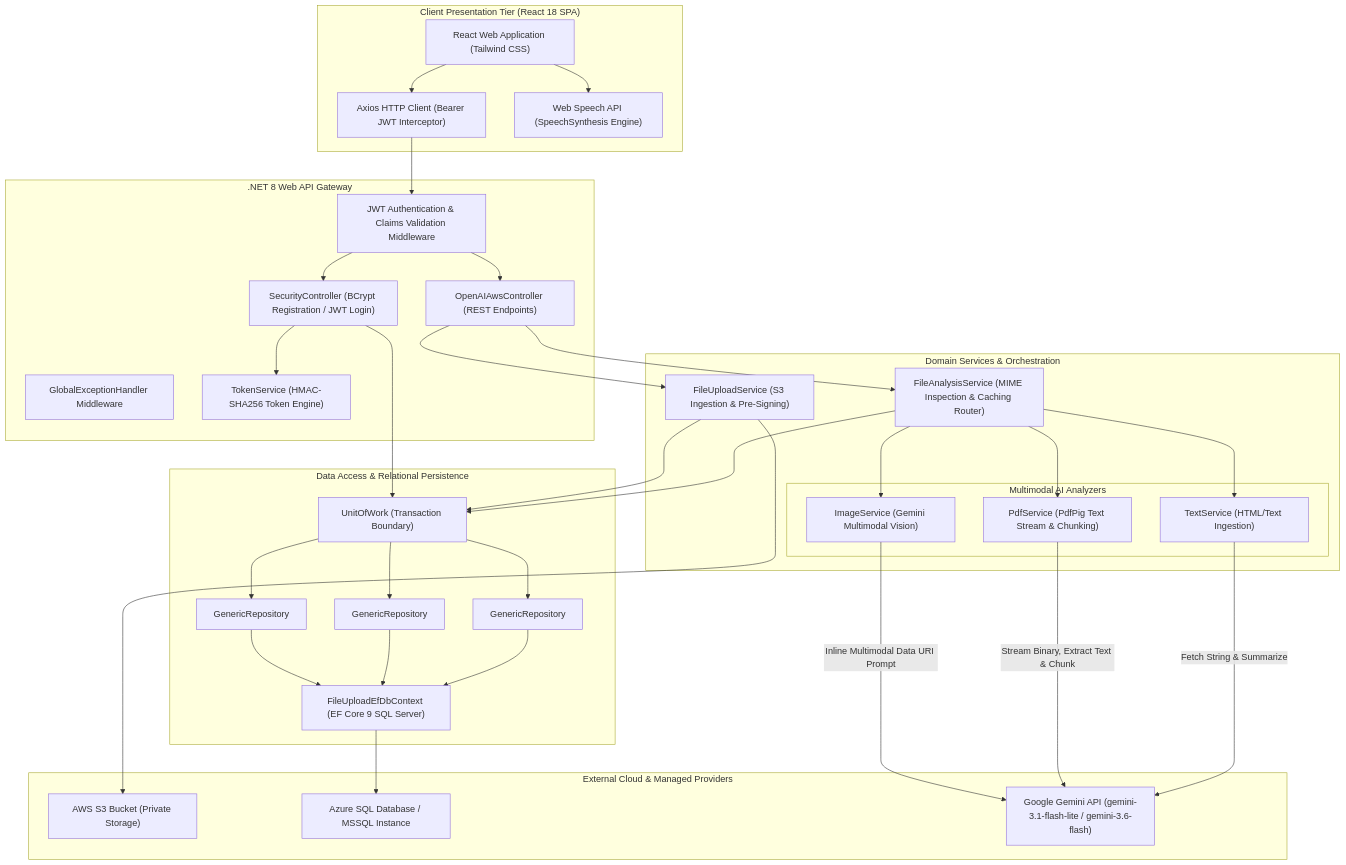
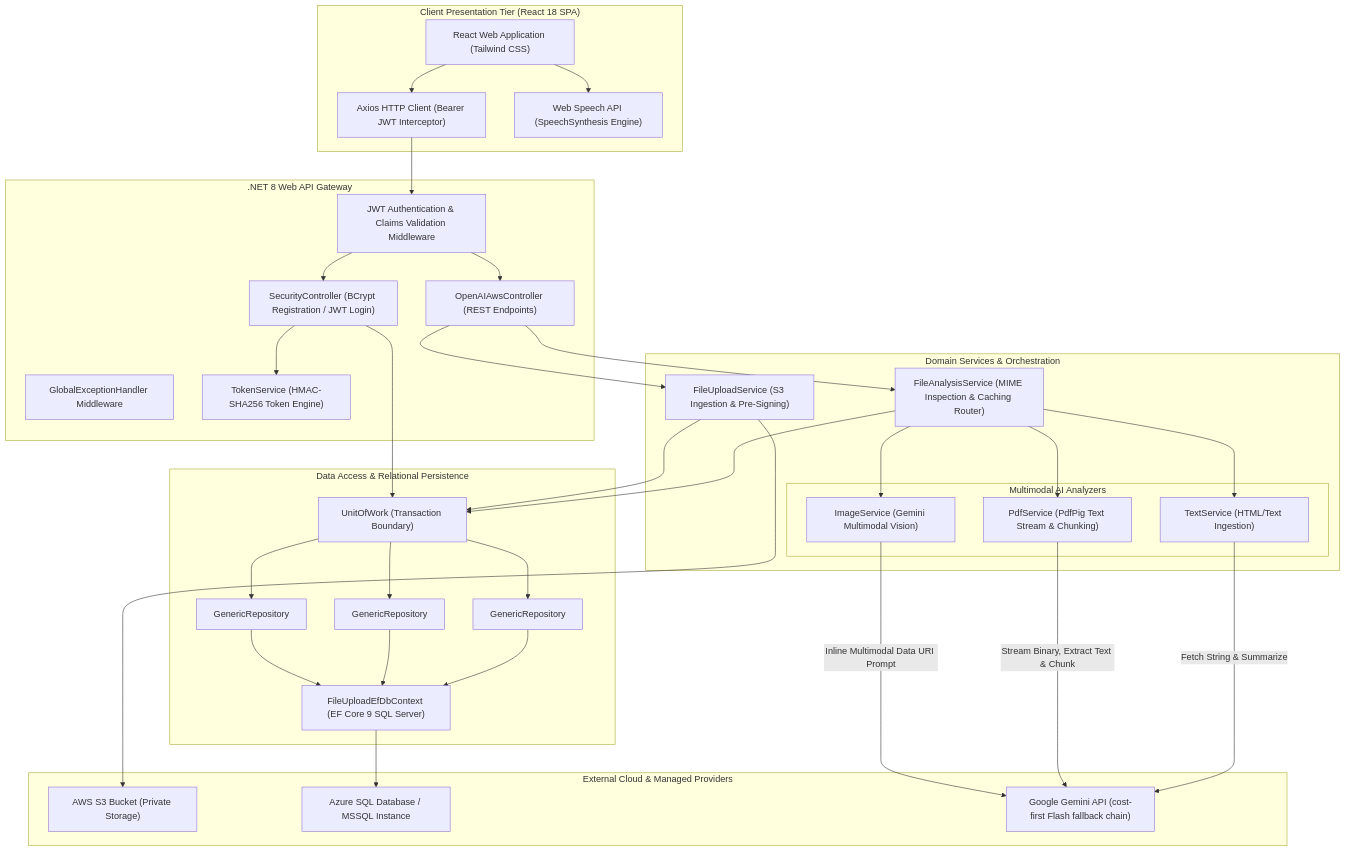
One commit to BradshawAsher/aws-file-analyzer changed the diagram in architecture.md. Above: the diagram before and after it, drawn with Mermaid. The commit also changed 14 other files, not shown here.

Commit message:
feat(ai): add Gemini model fallback hierarchy

````diff
--- a/architecture.md
+++ b/architecture.md
@@ -11,78 +11,78 @@
 ```mermaid
 flowchart TB
     subgraph ClientLayer ["Client Presentation Tier (React 18 SPA)"]
         UI["React Web Application (Tailwind CSS)"]
         AxiosClient["Axios HTTP Client (Bearer JWT Interceptor)"]
         WebSpeech["Web Speech API (SpeechSynthesis Engine)"]
     end
 
     subgraph ApiGateway [".NET 8 Web API Gateway"]
         AuthMiddleware["JWT Authentication & Claims Validation Middleware"]
         MainCtrl["OpenAIAwsController (REST Endpoints)"]
         SecCtrl["SecurityController (BCrypt Registration / JWT Login)"]
         ExcMiddleware["GlobalExceptionHandler Middleware"]
         TokenSvc["TokenService (HMAC-SHA256 Token Engine)"]
     end
 
     subgraph ServiceLayer ["Domain Services & Orchestration"]
         UploadSvc["FileUploadService (S3 Ingestion & Pre-Signing)"]
         AnalysisSvc["FileAnalysisService (MIME Inspection & Caching Router)"]
         
         subgraph AiEngines ["Multimodal AI Analyzers"]
             ImgSvc["ImageService (Gemini Multimodal Vision)"]
             PdfSvc["PdfService (PdfPig Text Stream & Chunking)"]
             TxtSvc["TextService (HTML/Text Ingestion)"]
         end
     end
 
     subgraph DataLayer ["Data Access & Relational Persistence"]
         UoW["UnitOfWork (Transaction Boundary)"]
         RepoUpload["GenericRepository<FileUploadHistory>"]
         RepoAnalysis["GenericRepository<FileAnalysisResult>"]
         RepoUser["GenericRepository<UserLogin>"]
         DbContext["FileUploadEfDbContext (EF Core 9 SQL Server)"]
     end
 
     subgraph CloudServices ["External Cloud & Managed Providers"]
         S3["AWS S3 Bucket (Private Storage)"]
         AzureSql["Azure SQL Database / MSSQL Instance"]
-        GeminiApi["Google Gemini API (gemini-3.1-flash-lite / gemini-3.6-flash)"]
+        GeminiApi["Google Gemini API (cost-first Flash fallback chain)"]
     end
 
     %% Client Interactions
     UI --> AxiosClient
     UI --> WebSpeech
     AxiosClient --> AuthMiddleware
     AuthMiddleware --> MainCtrl
     AuthMiddleware --> SecCtrl
 
     %% Security Flow
     SecCtrl --> TokenSvc
     SecCtrl --> UoW
 
     %% Controller to Services
     MainCtrl --> UploadSvc
     MainCtrl --> AnalysisSvc
 
     %% Service Execution
     UploadSvc --> S3
     UploadSvc --> UoW
     AnalysisSvc --> UoW
     AnalysisSvc --> ImgSvc
     AnalysisSvc --> PdfSvc
     AnalysisSvc --> TxtSvc
 
     %% AI Integrations
     ImgSvc -->|Inline Multimodal Data URI Prompt| GeminiApi
     PdfSvc -->|Stream Binary, Extract Text & Chunk| GeminiApi
     TxtSvc -->|Fetch String & Summarize| GeminiApi
 
     %% Persistence
     UoW --> RepoUpload
     UoW --> RepoAnalysis
     UoW --> RepoUser
     RepoUpload --> DbContext
     RepoAnalysis --> DbContext
     RepoUser --> DbContext
     DbContext --> AzureSql
 ```
````
